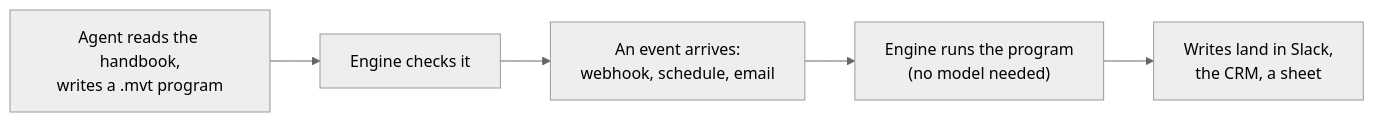
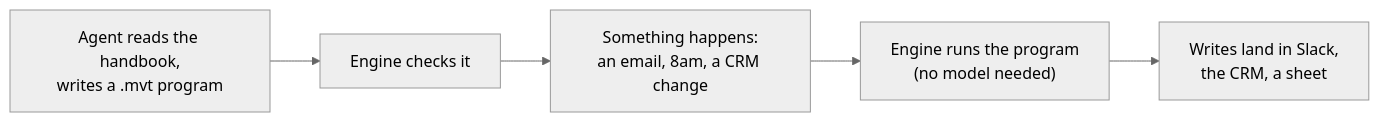
The diagram in README.md (listen-fire/listen-fire), drawn with Mermaid (neutral theme) before and after one commit. The commit also changed other lines of this file and 1 other file, not shown here.

Commit message:
docs(readme): the hero speaks from the reader's world: the inbox, 8am, the CRM

````diff
--- a/README.md
+++ b/README.md
@@ -13,7 +13,7 @@
 ```mermaid
 flowchart LR
   A["Agent reads the handbook,<br>writes a .mvt program"] --> B["Engine checks it"]
-  B --> C["An event arrives:<br>webhook, schedule, email"]
+  B --> C["Something happens:<br>an email, 8am, a CRM change"]
   C --> D["Engine runs the program<br>(no model needed)"]
   D --> E["Writes land in Slack,<br>the CRM, a sheet"]
 ```
````
